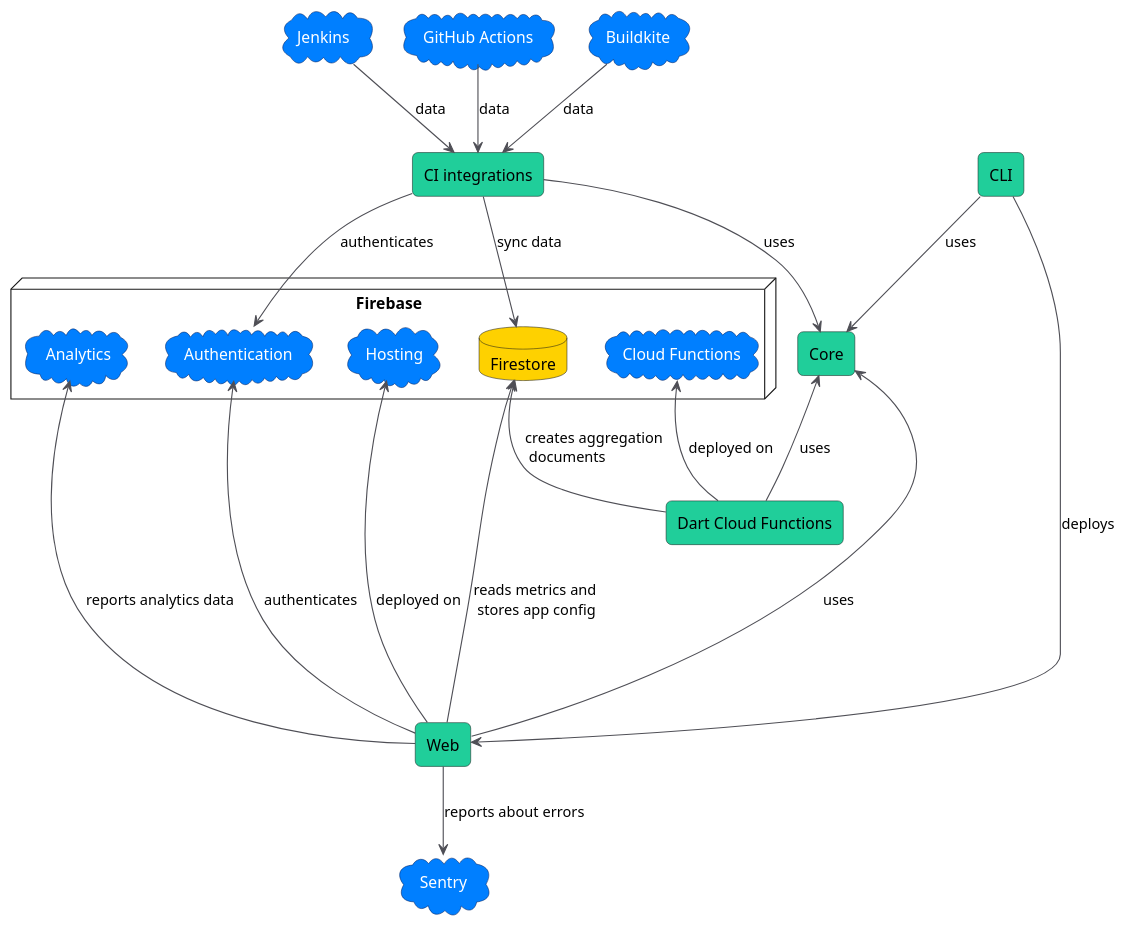
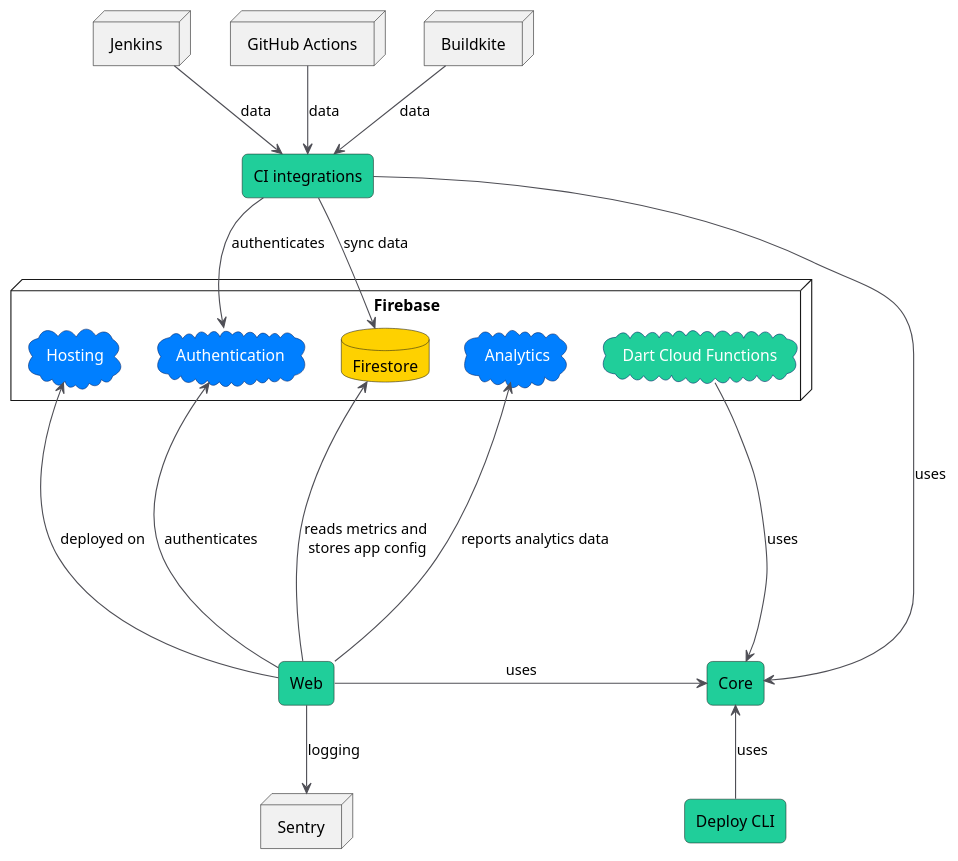
One commit to Flank/flank-dashboard changed the diagram in concept_map.puml. Above: the diagram before and after it, drawn with PlantUML. The commit also changed 1 other file, not shown here.

Commit message:
Diagram and wording improvements

```diff
--- a/concept_map.puml
+++ b/concept_map.puml
@@ -1,80 +1,76 @@
 @startuml metrics_concept_map
 
 skinparam DefaultTextAlignment left
 
 skinparam database {
     borderColor #292618
     backgroundColor #fed100
 }
 
 skinparam cloud {
     borderColor #002366
     backgroundColor #007FFF
     fontColor white
 }
 
 skinparam rectangle {
     borderColor #182b27
     backgroundColor #20ce9a
     roundCorner 10
 }
 
 skinparam ArrowColor #4f4f56
 
-cloud Jenkins
-cloud "GitHub Actions" as GA
-cloud Buildkite
+node Jenkins
+node "GitHub Actions" as GA
+node Buildkite
+node Sentry
 
 rectangle "CI integrations" as CI
-rectangle "Dart Cloud Functions" as DartCloudFunctions
 
 together {
     node Firebase {
         cloud Hosting
         database Firestore
         cloud Authentication
-        cloud "Cloud Functions" as CloudFunctions
         cloud Analytics
+
+        cloud #20ce9a "Dart Cloud Functions" as DartCloudFunctions
     }
 
     rectangle Core
 }
 rectangle Web
-rectangle "CLI"
-
-cloud Sentry
+rectangle "Deploy CLI" as CLI
 
 Jenkins -[hidden]right-> GA
 GA -[hidden]right-> Buildkite
 
 Core -[hidden]left-> Analytics  
 
 Jenkins -down-> CI : data
 GA -down-> CI : data
 Buildkite -down-> CI : data
 
 CI -down-> Firestore : sync data
 CI -down-> Authentication : authenticates
 CI -[hidden]down-> Hosting
 
 Hosting -[hidden]right-> Authentication
 Authentication -[hidden]right-> Firestore
 
 Web --up--> Firestore : reads metrics and \l stores app config
 Web --up--> Authentication : authenticates
 Web --up--> Hosting : deployed on
 Web --up--> Analytics : reports analytics data
-Web -down-> Sentry : reports about errors
+Web -down-> Sentry : logging
 
-DartCloudFunctions -up-> CloudFunctions : deployed on
 DartCloudFunctions -[hidden]-> Core : uses
-DartCloudFunctions -up-> Firestore : creates aggregation \l documents
 
-CLI --> Web : deploys
-CLI --> Core : uses
+CLI -up-> Core : uses
 
 DartCloudFunctions -down-> Core : uses
 Web --right--> Core : uses
 CI --right--> Core  : uses
 
 @enduml
```
